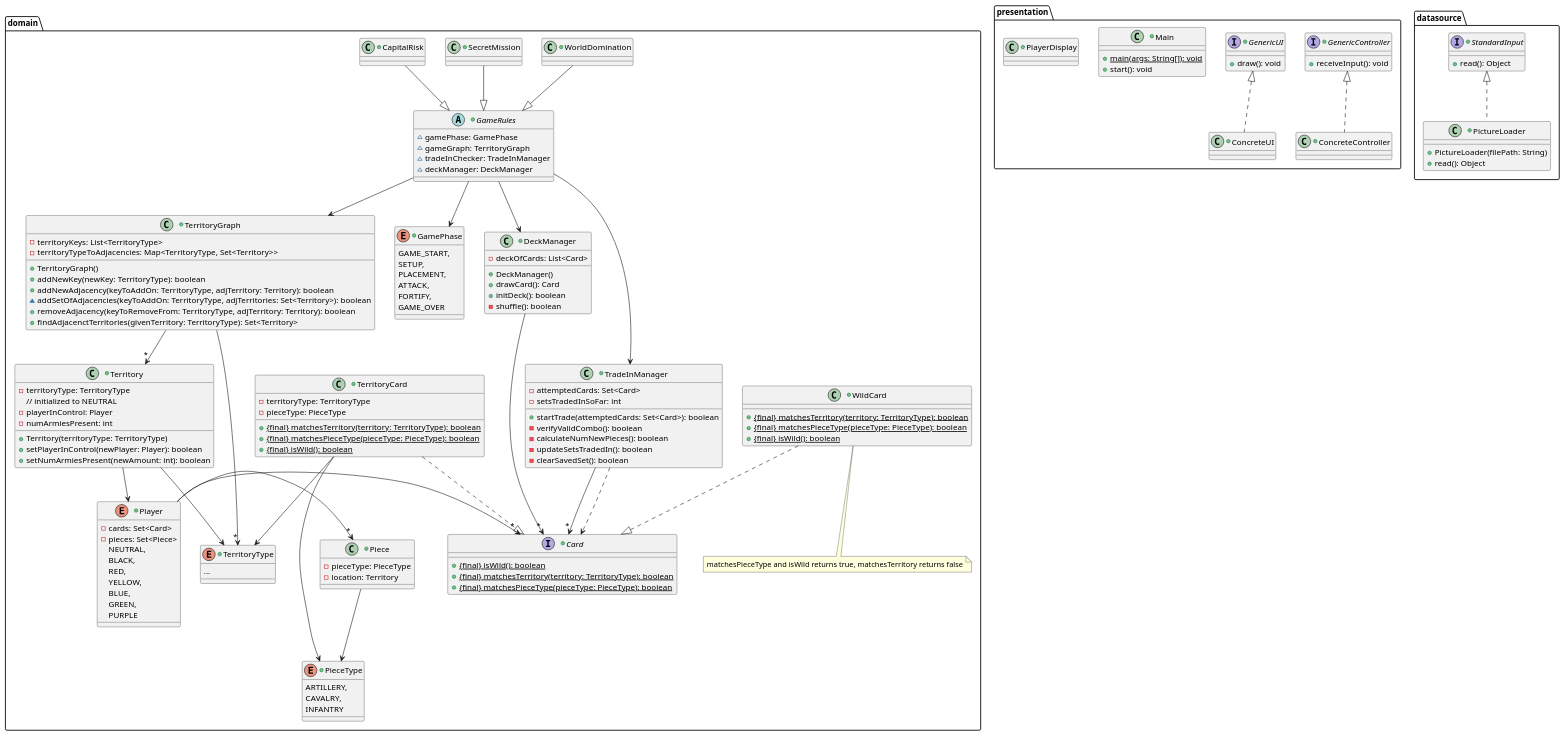
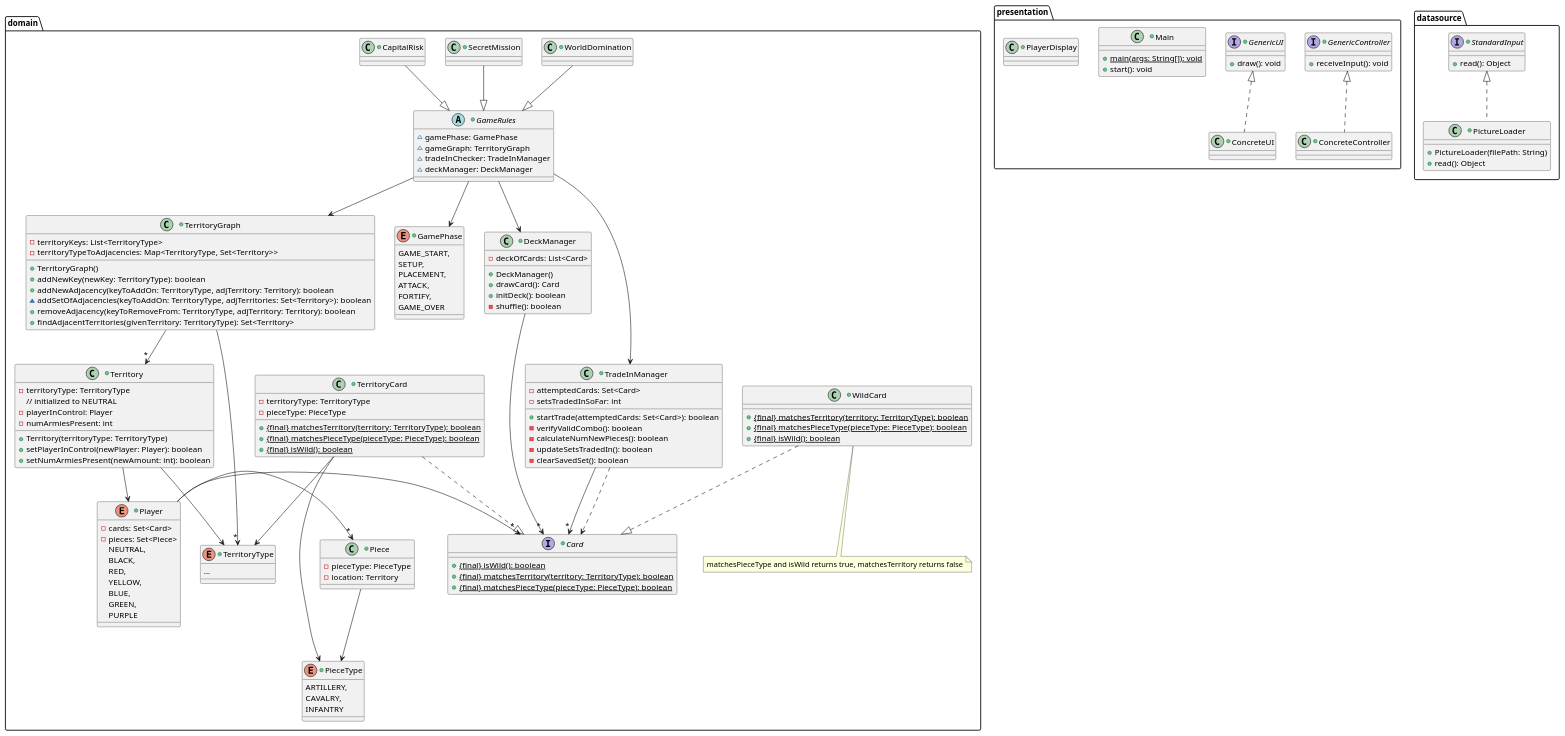
Before and after one commit to wynessgp/sqa-risk-recreation: the diagram in docs/design/classes.puml, drawn with PlantUML.

```diff
--- a/docs/design/classes.puml
+++ b/docs/design/classes.puml
@@ -154,7 +154,7 @@
         +addNewAdjacency(keyToAddOn: TerritoryType, adjTerritory: Territory): boolean
         ~addSetOfAdjacencies(keyToAddOn: TerritoryType, adjTerritories: Set<Territory>): boolean
         +removeAdjacency(keyToRemoveFrom: TerritoryType, adjTerritory: Territory): boolean
-        +findAdjacenctTerritories(givenTerritory: TerritoryType): Set<Territory>
+        +findAdjacentTerritories(givenTerritory: TerritoryType): Set<Territory>
     }
 
     TerritoryGraph --> "*" Territory
```
